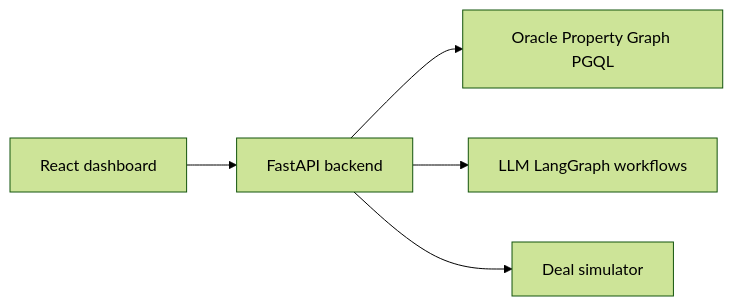
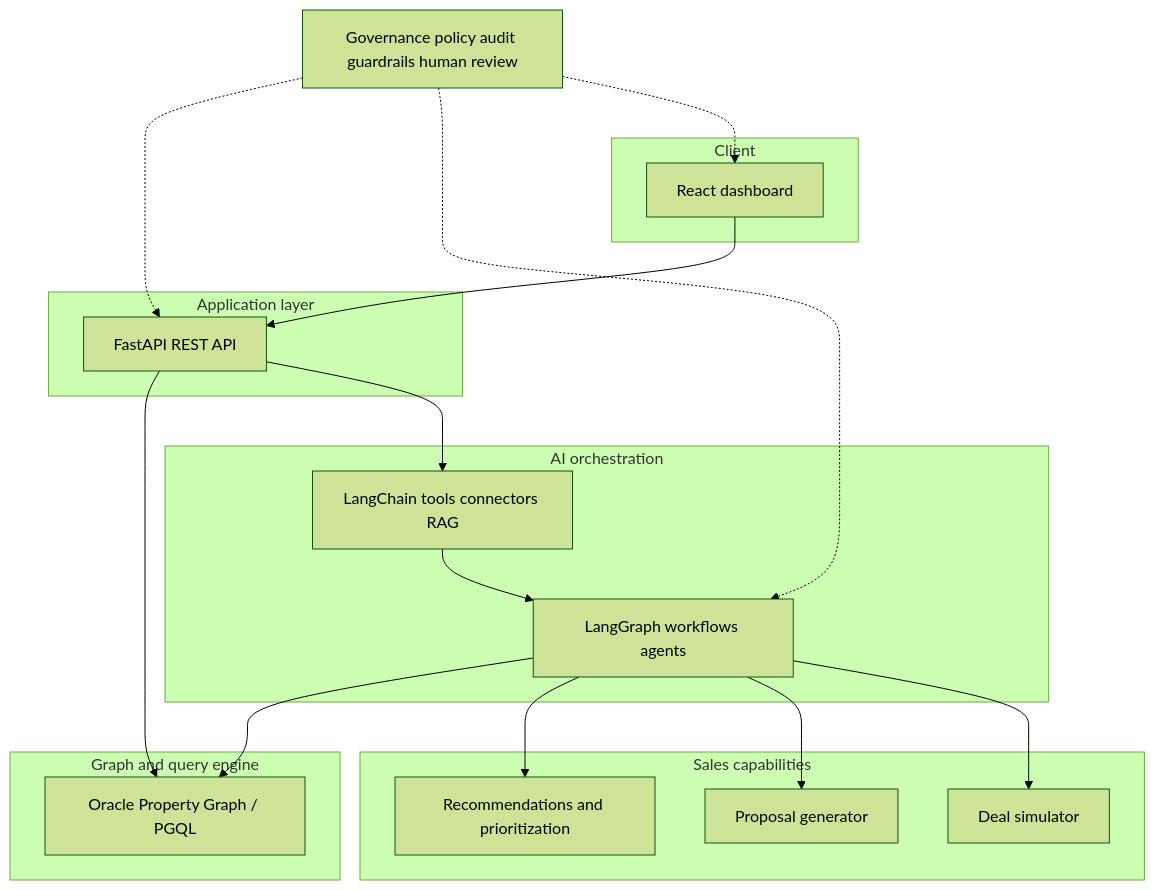
Before and after one commit to shahdelkaranshawy/ai-sales-assistant: the diagram in README.md, drawn with Mermaid (forest theme). The commit also changed other lines of this file, not shown here.

Commit message:
README: expand architecture diagram (LangChain, LangGraph, proposals, governance)
Made-with: Cursor

````diff
--- a/README.md
+++ b/README.md
@@ -28,12 +31,33 @@
 ```mermaid
-flowchart LR
-  react[React dashboard]
-  api[FastAPI backend]
-  graphDb[Oracle Property Graph PGQL]
-  llm[LLM LangGraph workflows]
-  sim[Deal simulator]
-  react --> api
-  api --> graphDb
-  api --> llm
-  api --> sim
+flowchart TB
+  subgraph ux [Client]
+    react[React dashboard]
+  end
+  subgraph apiLayer [Application layer]
+    fastapi[FastAPI REST API]
+  end
+  subgraph queryEngine [Graph and query engine]
+    graphDb[Oracle Property Graph / PGQL]
+  end
+  subgraph aiStack [AI orchestration]
+    lc[LangChain tools connectors RAG]
+    lg[LangGraph workflows agents]
+  end
+  subgraph capabilities [Sales capabilities]
+    rec[Recommendations and prioritization]
+    proposal[Proposal generator]
+    sim[Deal simulator]
+  end
+  gov[Governance policy audit guardrails human review]
+  react --> fastapi
+  fastapi --> graphDb
+  fastapi --> lc
+  lc --> lg
+  lg --> graphDb
+  lg --> rec
+  lg --> proposal
+  lg --> sim
+  gov -.-> fastapi
+  gov -.-> lg
+  gov -.-> react
 ```
````
